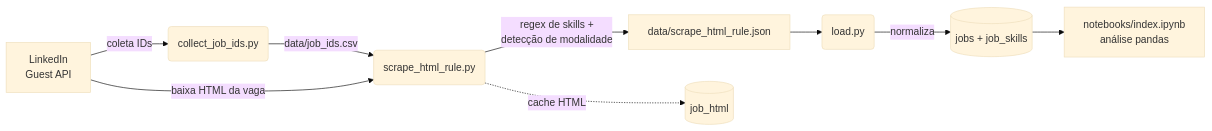
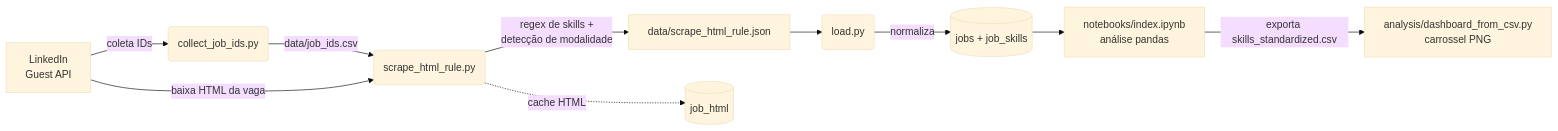
Before and after one commit to jvictor-amorim/linkedin-job-analysis: the diagram in README.md, drawn with Mermaid (base theme). The commit also changed other lines of this file, not shown here.

Commit message:
docs: update README to reflect changes in dashboard generation and new skills export

````diff
--- a/README.md
+++ b/README.md
@@ -49,11 +49,12 @@
 ```mermaid
 flowchart LR
     A[LinkedIn<br/>Guest API] -->|coleta IDs| B(collect_job_ids.py)
     B -->|data/job_ids.csv| C(scrape_html_rule.py)
     A -->|baixa HTML da vaga| C
     C -->|regex de skills +<br/>detecção de modalidade| D[data/scrape_html_rule.json]
     C -.cache HTML.-> E[(job_html)]
     D --> F(load.py)
     F -->|normaliza| G[(jobs + job_skills)]
     G --> H[notebooks/index.ipynb<br/>análise pandas]
+    H -->|exporta skills_standardized.csv| I[analysis/dashboard_from_csv.py<br/>carrossel PNG]
 ```
````
